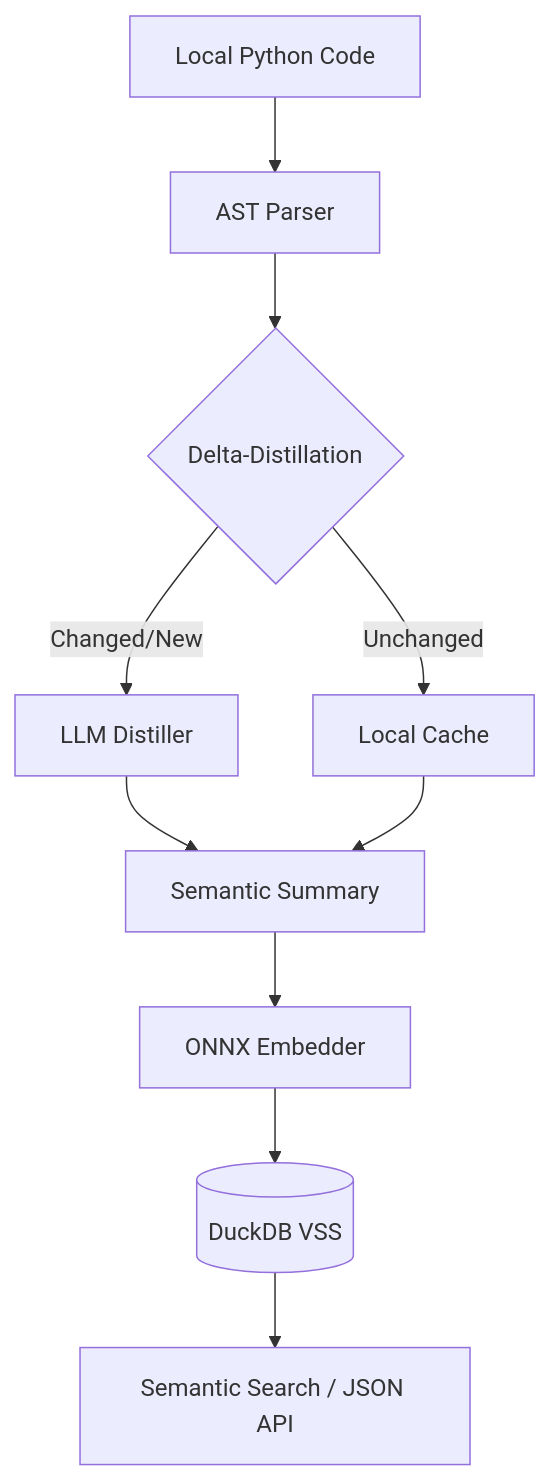
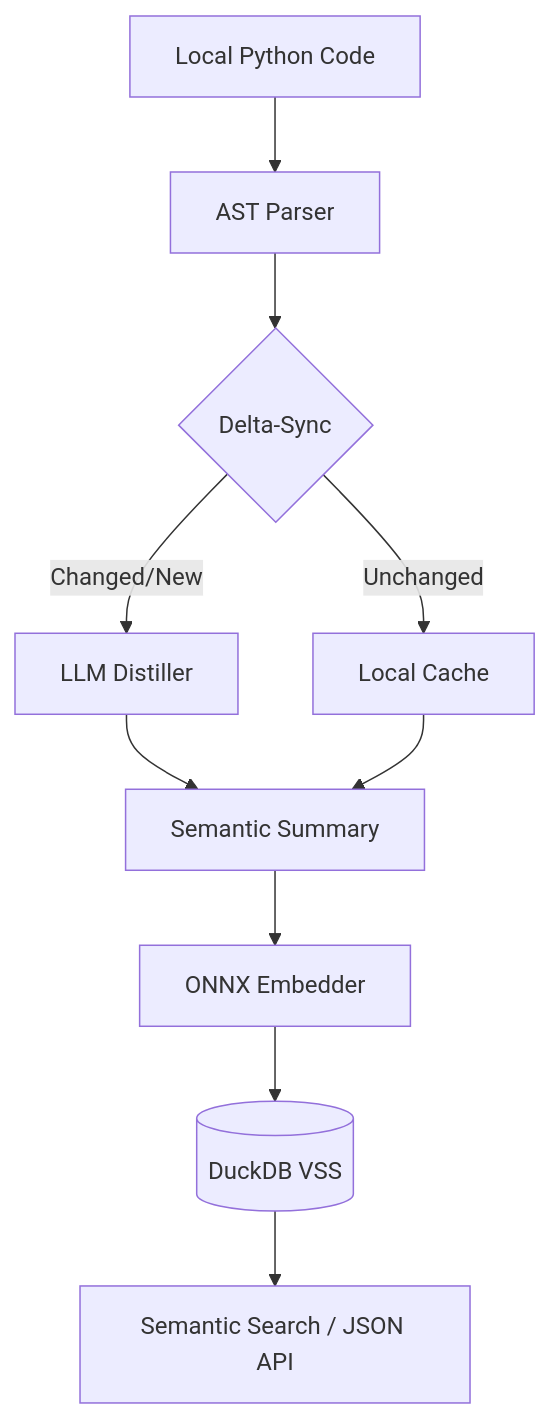
Before and after one commit to naranor/agent-coderag: the diagram in README.md, drawn with Mermaid. The commit also changed other lines of this file and 2 other files, not shown here.

````diff
--- a/README.md
+++ b/README.md
@@ -49,12 +49,12 @@
 ```mermaid
 graph TD
     A[Local Python Code] --> B[AST Parser]
-    B --> C{Delta-Distillation}
+    B --> C{Delta-Sync}
     C -- Changed/New --> D[LLM Distiller]
     C -- Unchanged --> E[Local Cache]
     D --> F[Semantic Summary]
     E --> F
     F --> G[ONNX Embedder]
     G --> H[(DuckDB VSS)]
     H --> I[Semantic Search / JSON API]
 ```
````
